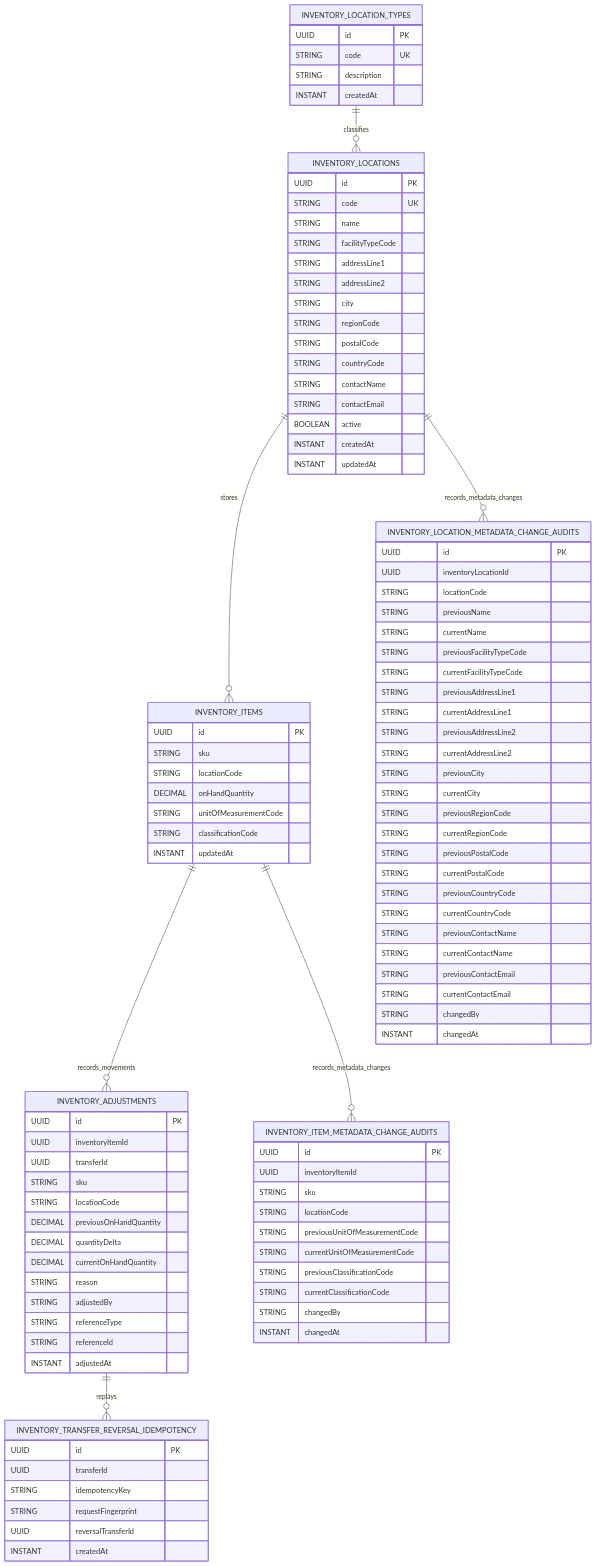
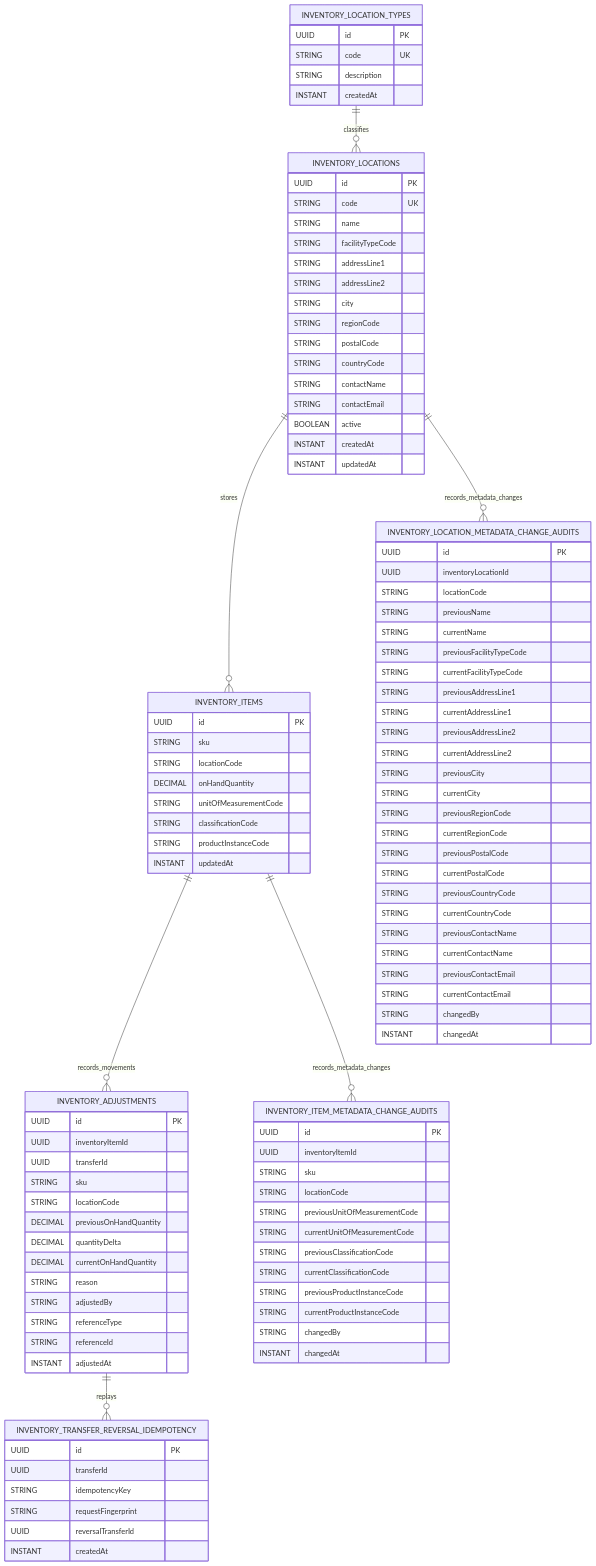
One commit to ArcanaERP/platform changed the diagram in docs/inventory-data-model.md. Above: the diagram before and after it, drawn with Mermaid. The commit also changed other lines of this file and 20 other files, not shown here.

Commit message:
Add inventory product instance linkage

```diff
--- a/docs/inventory-data-model.md
+++ b/docs/inventory-data-model.md
@@ -45,6 +45,7 @@
       DECIMAL onHandQuantity
       STRING unitOfMeasurementCode
       STRING classificationCode
+      STRING productInstanceCode
       INSTANT updatedAt
     }
 
@@ -101,6 +102,8 @@
       STRING currentUnitOfMeasurementCode
       STRING previousClassificationCode
       STRING currentClassificationCode
+      STRING previousProductInstanceCode
+      STRING currentProductInstanceCode
       STRING changedBy
       INSTANT changedAt
     }
```
